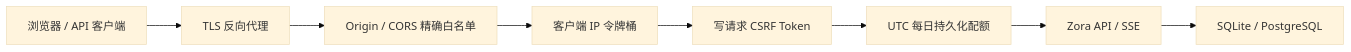
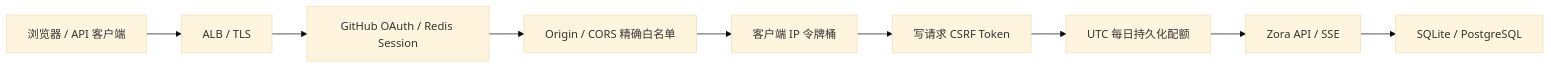
One commit to zora-DD/zora changed the diagram in docs/deployment-security.md. Above: the diagram before and after it, drawn with Mermaid (base theme). The commit also changed other lines of this file and 95 other files, not shown here.

````diff
--- a/docs/deployment-security.md
+++ b/docs/deployment-security.md
@@ -7,10 +7,11 @@
 ```mermaid
 flowchart LR
-    Client["浏览器 / API 客户端"] --> Proxy["TLS 反向代理"]
-    Proxy --> CORS["Origin / CORS 精确白名单"]
+    Client["浏览器 / API 客户端"] --> Proxy["ALB / TLS"]
+    Proxy --> Auth["GitHub OAuth / Redis Session"]
+    Auth --> CORS["Origin / CORS 精确白名单"]
     CORS --> Rate["客户端 IP 令牌桶"]
     Rate --> CSRF["写请求 CSRF Token"]
     CSRF --> Quota["UTC 每日持久化配额"]
     Quota --> API["Zora API / SSE"]
     API --> Store["SQLite / PostgreSQL"]
 ```
````
